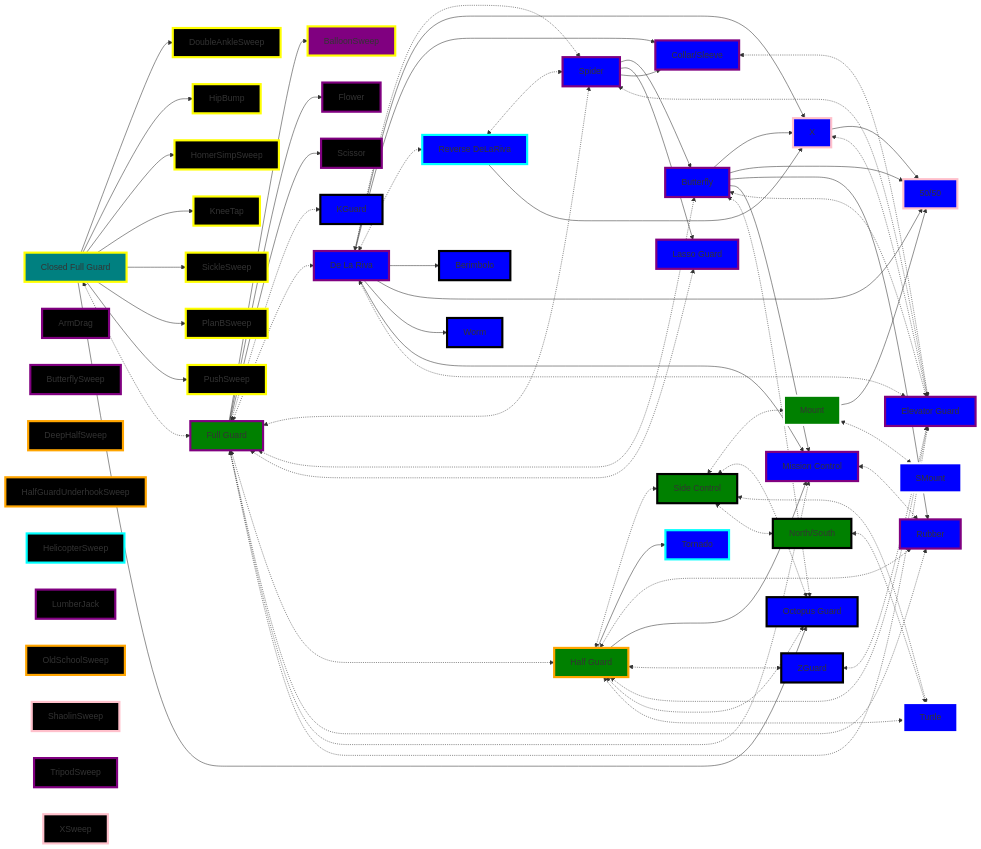
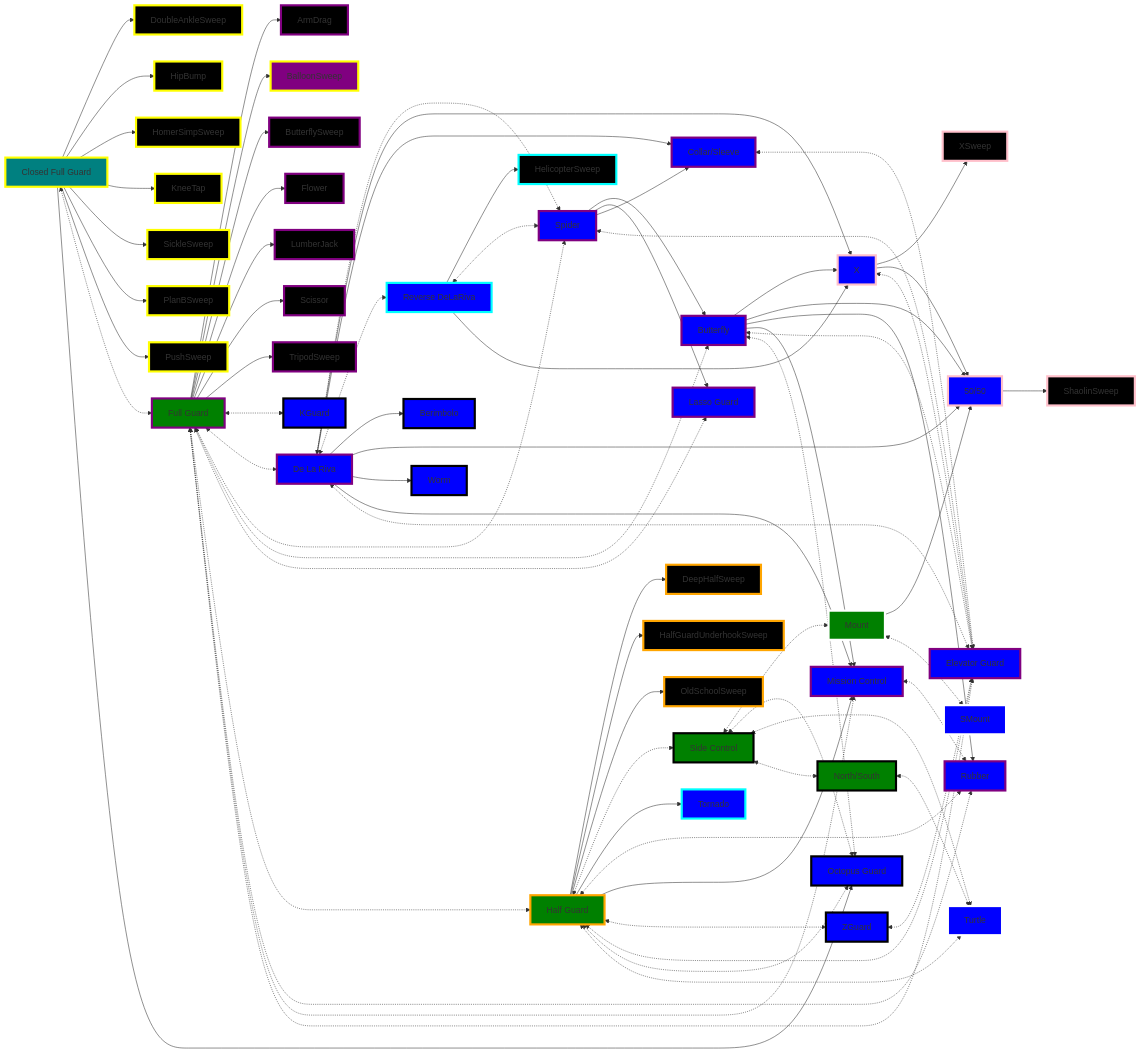
The third of 4 diagrams in _Fitness/BJJ Priority Flows.md (jacgit18/DevHiveMind), drawn with Mermaid before and after one commit. The commit also changed other lines of this file, not shown here.

Commit message:
M "_Fitness/BJJ Priority Flows.md"

```diff
--- a/_Fitness/BJJ Priority Flows.md
+++ b/_Fitness/BJJ Priority Flows.md
@@ -497,11 +500,14 @@
 	TripodSweep[TripodSweep]
 	XSweep[XSweep]
 
+	A --> ArmDrag
 	A --> BalloonSweep
+	A --> ButterflySweep
 	A --> Flower
+	A --> LumberJack
 	A --> Scissor
+	A --> TripodSweep
 	
-
 	Closed --> DoubleAnkleSweep
 	Closed --> HipBump
 	Closed --> HomerSimpSweep
@@ -509,6 +515,13 @@
 	Closed --> SickleSweep
 	Closed --> PlanBSweep
 	Closed --> PushSweep
+	
+	F --> XSweep
+	H --> DeepHalfSweep
+	H --> HalfGuardUnderhookSweep
+	H --> OldSchoolSweep
+	L --> HelicopterSweep
+	N --> ShaolinSweep 
 
 	A <-.-> KGuard
     A <-.-> B
```
